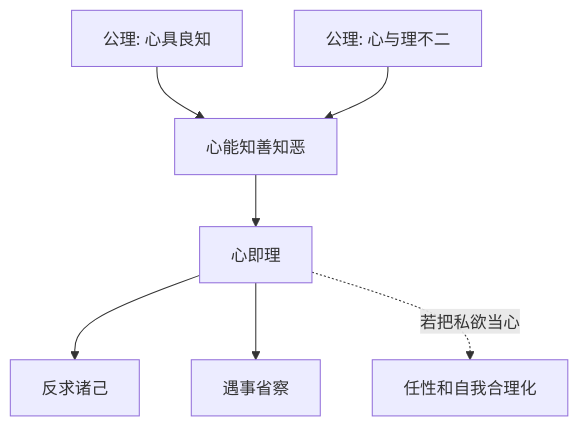
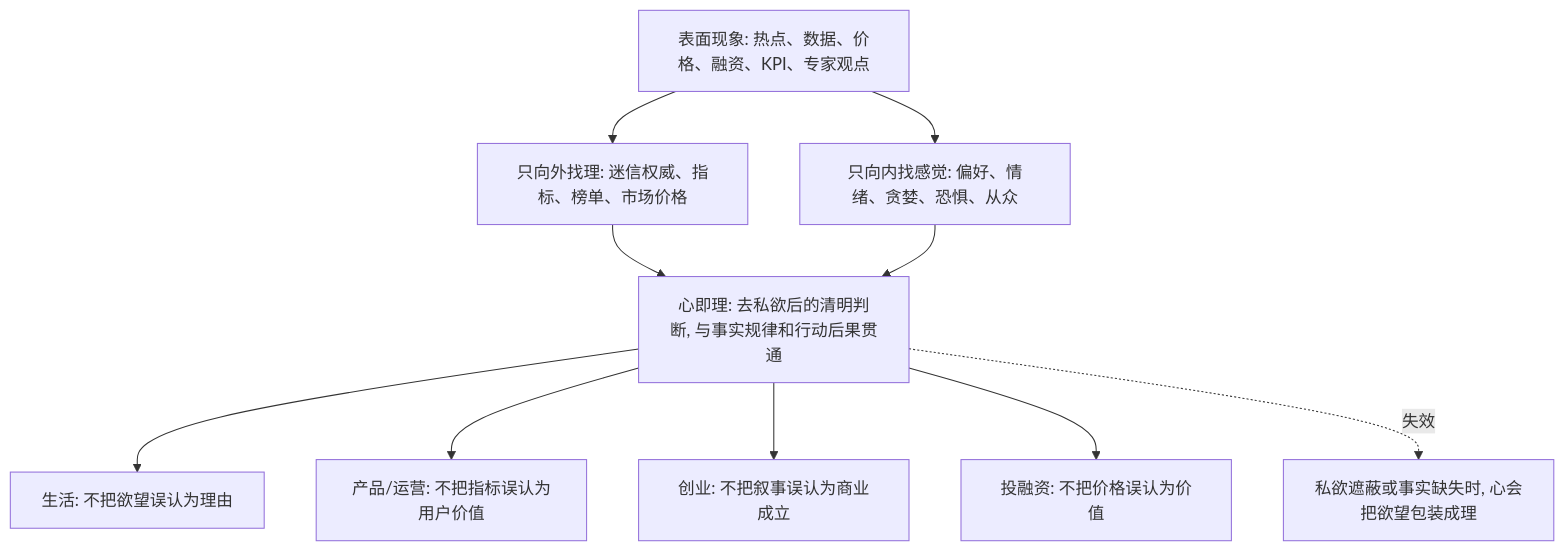
Before and after one commit to digoal/blog: the diagram in 202605/20260518_78.md, drawn with Mermaid. The commit also changed other lines of this file and 51 other files, not shown here.

````diff
--- a/202605/20260518_78.md
+++ b/202605/20260518_78.md
@@ -22,9 +22,12 @@
 ```mermaid
 flowchart TD
-  A["公理: 心具良知"] --> C["心能知善知恶"]
-  B["公理: 心与理不二"] --> C
-  C --> D["心即理"]
-  D --> E["反求诸己"]
-  D --> F["遇事省察"]
-  D -. "若把私欲当心" .-> G["任性和自我合理化"]
+  A["表面现象: 热点、数据、价格、融资、KPI、专家观点"] --> B["只向外找理: 迷信权威、指标、榜单、市场价格"]
+  A --> C["只向内找感觉: 偏好、情绪、贪婪、恐惧、从众"]
+  B --> D["心即理: 去私欲后的清明判断, 与事实规律和行动后果贯通"]
+  C --> D
+  D --> E["生活: 不把欲望误认为理由"]
+  D --> F["产品/运营: 不把指标误认为用户价值"]
+  D --> G["创业: 不把叙事误认为商业成立"]
+  D --> H["投融资: 不把价格误认为价值"]
+  D -. "失效" .-> I["私欲遮蔽或事实缺失时, 心会把欲望包装成理"]
 ```
````
